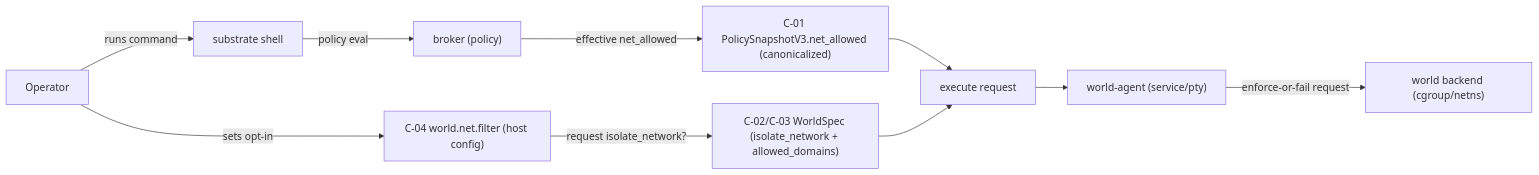
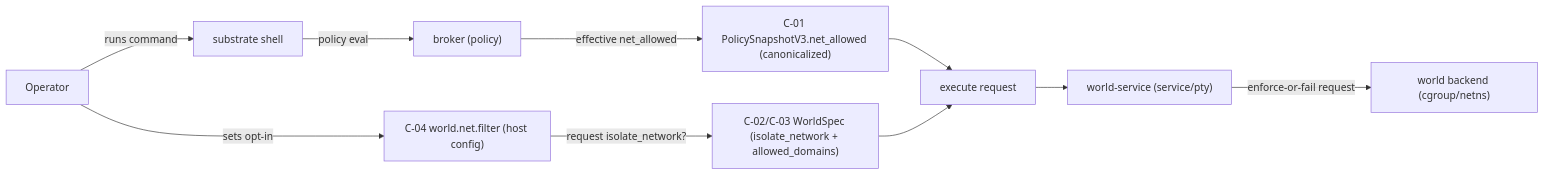
One commit to atomize-hq/substrate changed the first of 2 diagrams in docs/project_management/packs/implemented/opt_in_world_netfilter_enforcement_v1_seams/threaded-seams/seam-1-snapshot-v3-net-allowlist-plumbing/review.md. Above: the diagram before and after it, drawn with Mermaid. The commit also changed other lines of this file and 590 other files, not shown here.

````diff
--- a/docs/project_management/packs/implemented/opt_in_world_netfilter_enforcement_v1_seams/threaded-seams/seam-1-snapshot-v3-net-allowlist-plumbing/review.md
+++ b/docs/project_management/packs/implemented/opt_in_world_netfilter_enforcement_v1_seams/threaded-seams/seam-1-snapshot-v3-net-allowlist-plumbing/review.md
@@ -20,12 +20,12 @@
 ```mermaid
 flowchart LR
   U["Operator"] -->|"sets opt-in"| CFG["C-04 world.net.filter (host config)"]
   U -->|"runs command"| SH["substrate shell"]
   SH -->|"policy eval"| BR["broker (policy)"]
   BR -->|"effective net_allowed"| SNAP["C-01 PolicySnapshotV3.net_allowed (canonicalized)"]
   CFG -->|"request isolate_network?"| SPEC["C-02/C-03 WorldSpec (isolate_network + allowed_domains)"]
   SNAP --> REQ["execute request"]
   SPEC --> REQ
-  REQ --> WA["world-agent (service/pty)"]
+  REQ --> WA["world-service (service/pty)"]
   WA -->|"enforce-or-fail request"| WB["world backend (cgroup/netns)"]
 ```
````
